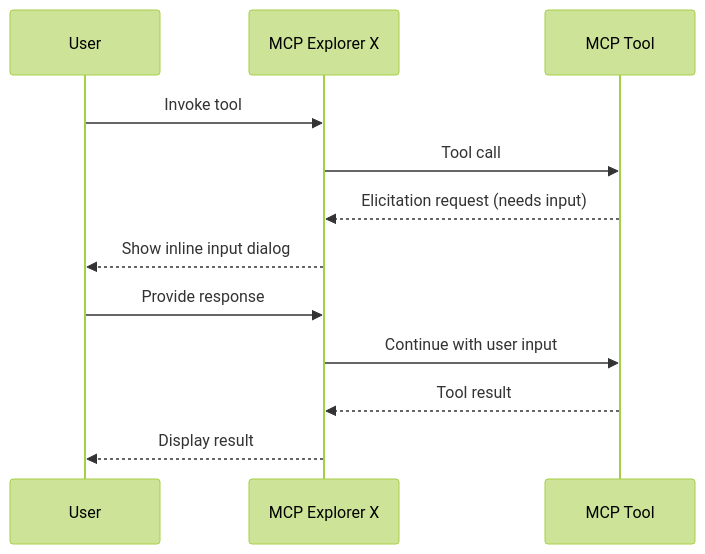
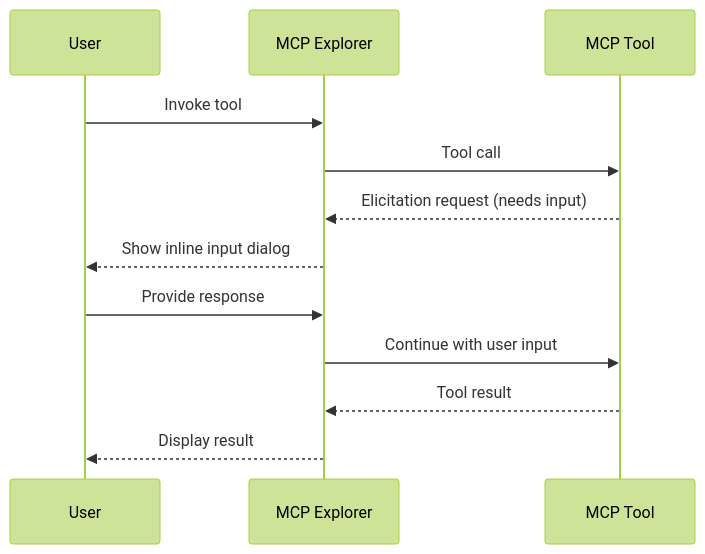
Before and after one commit to garrardkitchen/mcp-explorer-vue: the diagram in docs/learn/content/docs/elicitations/using-elicitations.md, drawn with Mermaid (forest theme). The commit also changed other lines of this file and 20 other files, not shown here.

````diff
--- a/docs/learn/content/docs/elicitations/using-elicitations.md
+++ b/docs/learn/content/docs/elicitations/using-elicitations.md
@@ -17,15 +17,15 @@
 ```mermaid
 sequenceDiagram
     participant U as User
-    participant App as MCP Explorer X
+    participant App as MCP Explorer
     participant T as MCP Tool
 
     U->>App: Invoke tool
     App->>T: Tool call
     T-->>App: Elicitation request (needs input)
     App-->>U: Show inline input dialog
     U->>App: Provide response
     App->>T: Continue with user input
     T-->>App: Tool result
     App-->>U: Display result
 ```
````
